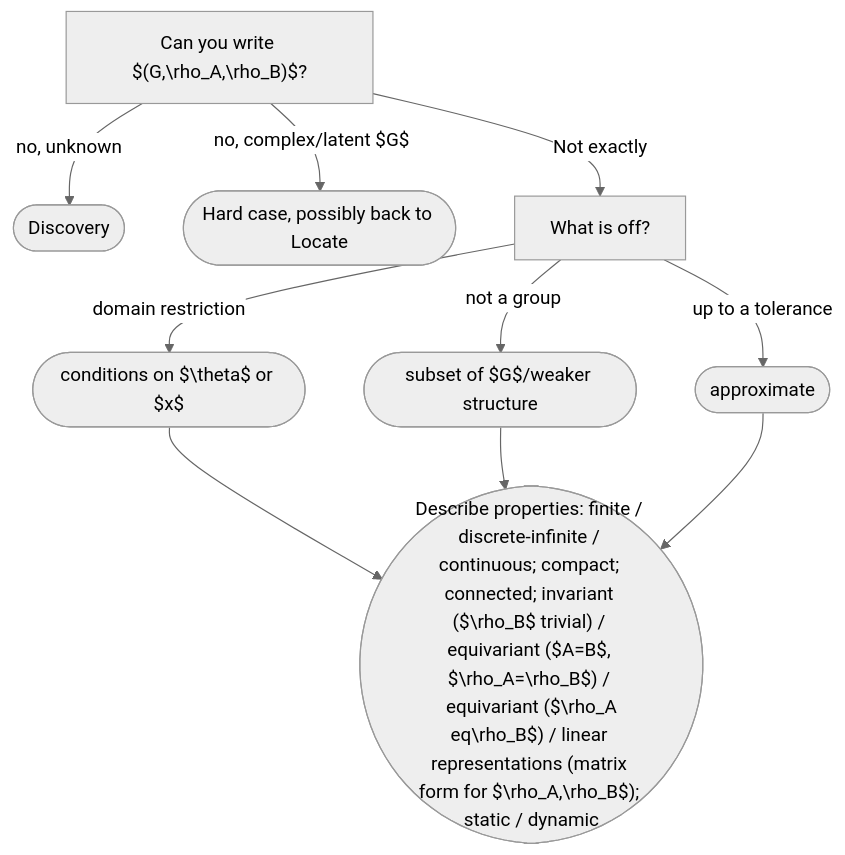
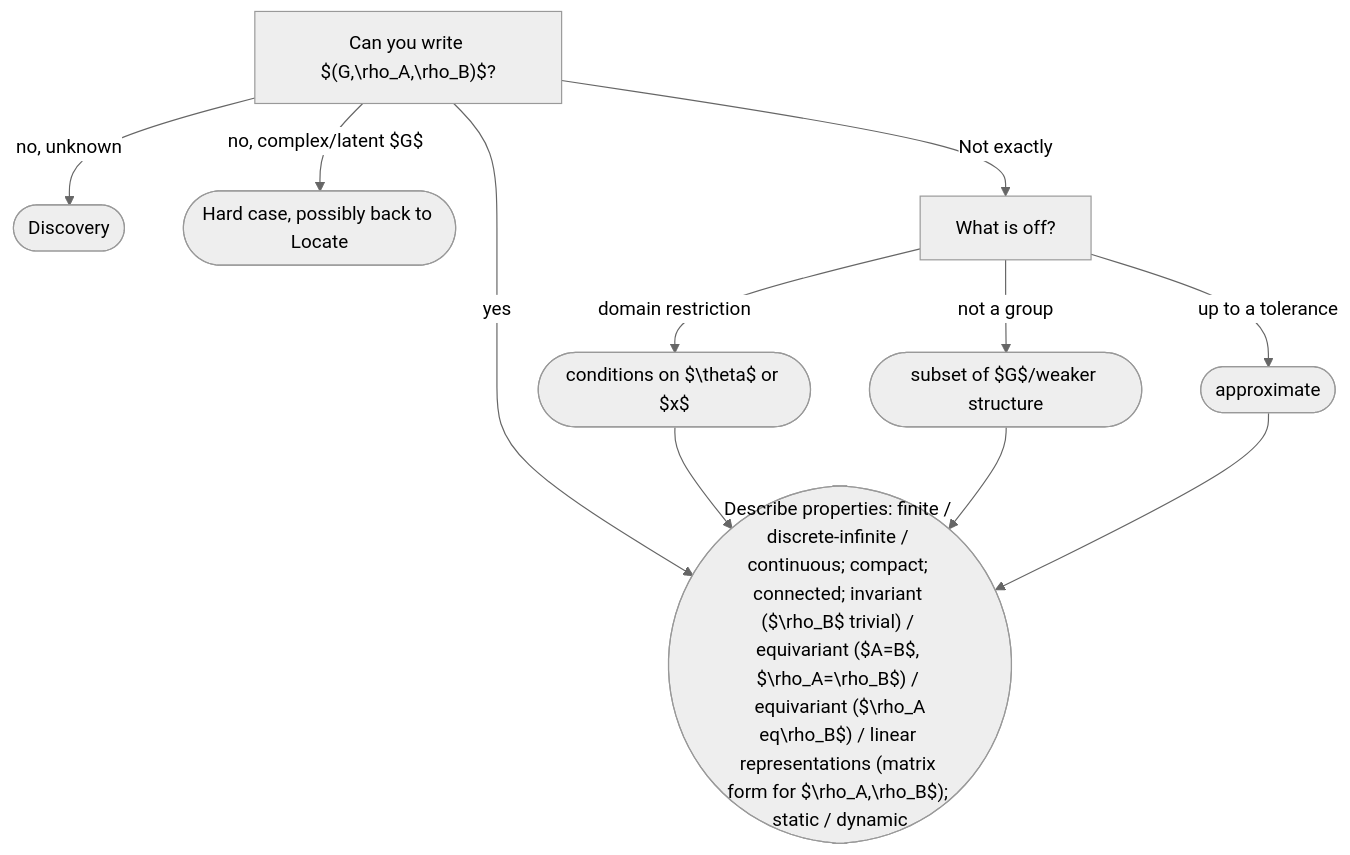
One commit to PierrickLeroy/Symmetries-in-Deep-Learning-a-Survey changed the second of 2 diagrams in figure_conclusion.md. Above: the diagram before and after it, drawn with Mermaid (neutral theme). The commit also changed other lines of this file and 5 other files, not shown here.

Commit message:
symmetry guide fig first generation

````diff
--- a/figure_conclusion.md
+++ b/figure_conclusion.md
@@ -73,13 +74,14 @@
 ```mermaid
 graph TD
     n["Can you write $(G,\rho_A,\rho_B)$?"] -- no, unknown --> n1(["Discovery"])
     n -- no, complex/latent $G$ --> n2(["Hard case, possibly back to Locate"])
     n -- "Not exactly" --> n3["What is off?"]
+    n -- yes --> m
     m(["Describe properties: finite / discrete-infinite / continuous; compact; connected; invariant ($\rho_B$ trivial) / equivariant ($A=B$, $\rho_A=\rho_B$) / equivariant ($\rho_A\neq\rho_B$) / linear representations (matrix form for $\rho_A,\rho_B$); static / dynamic"])
     n3 -- "domain restriction" --> n31(["conditions on $\theta$ or $x$"])
     n3 -- "not a group" --> n32(["subset of $G$/weaker structure"])
     n3 -- "up to a tolerance" --> n33(["approximate"])
     n31 --> m
     n32 --> m
     n33 --> m
 ```
````
